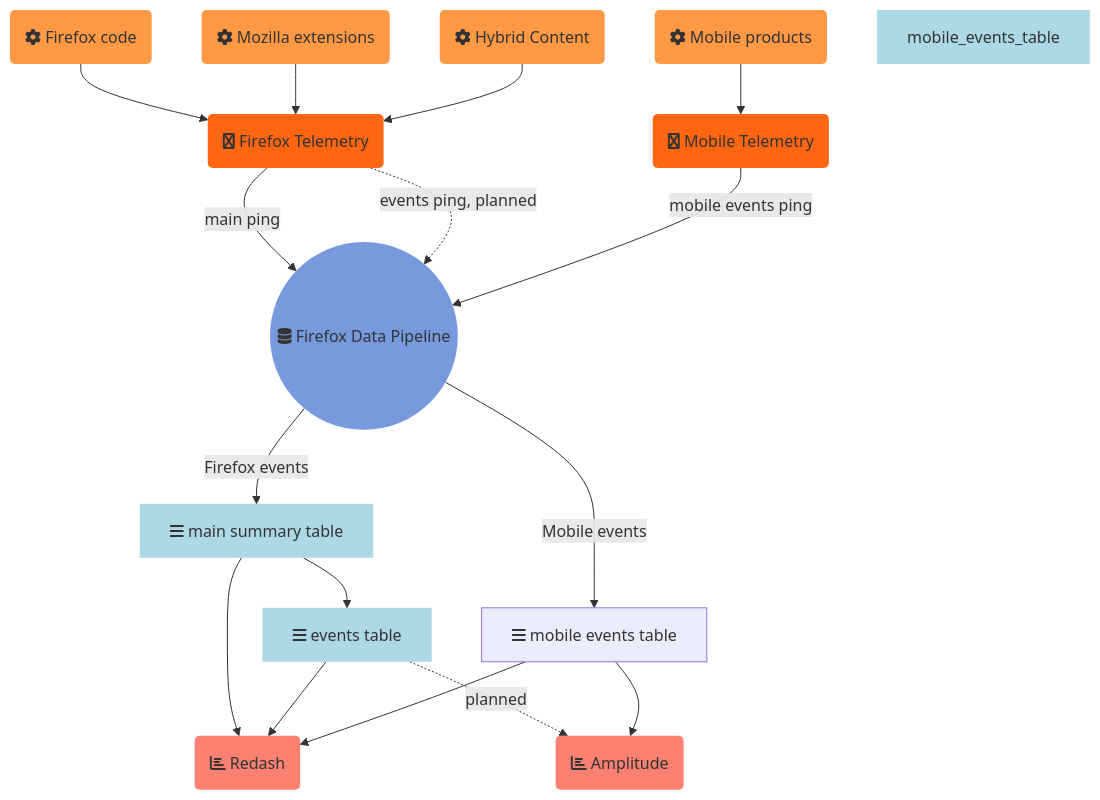
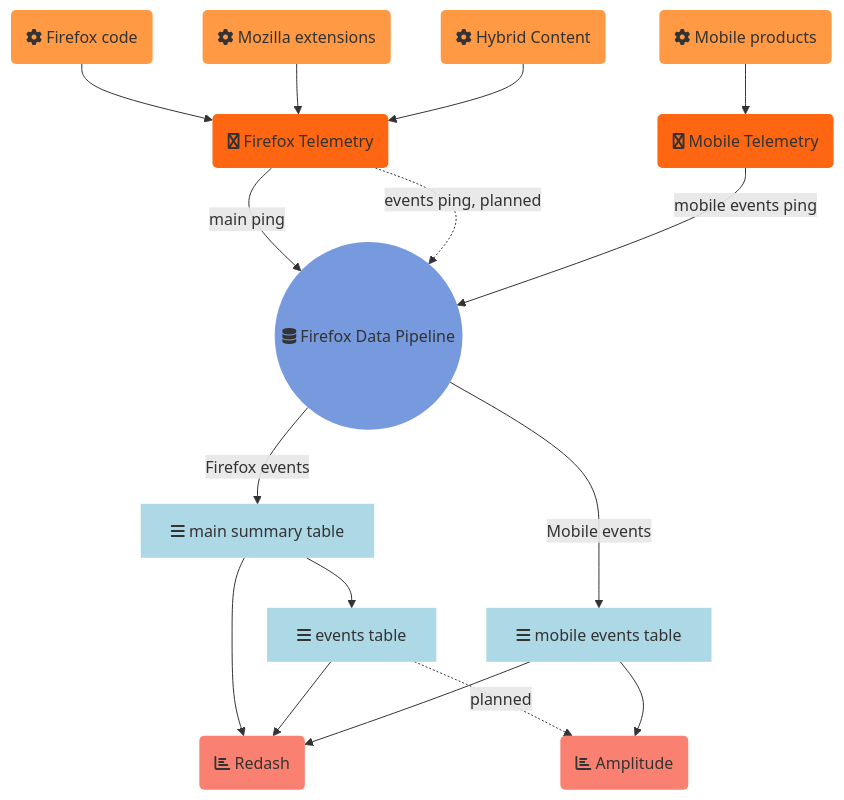
The diagram in concepts/pipeline/event_pipeline.md (mozilla/data-docs), drawn with Mermaid before and after one commit.

Commit message:
Fix mobile table styling

````diff
--- a/concepts/pipeline/event_pipeline.md
+++ b/concepts/pipeline/event_pipeline.md
@@ -6,31 +6,31 @@
 ```mermaid
 graph TD
 fx_code(fa:fa-cog Firefox code) --> firefox(fa:fa-firefox Firefox Telemetry)
 fx_extensions(fa:fa-cog Mozilla extensions) --> firefox
 fx_hybrid(fa:fa-cog Hybrid Content) --> firefox
 mobile(fa:fa-cog Mobile products) --> mobile_telemetry(fa:fa-firefox Mobile Telemetry)
 firefox -->|main ping| pipeline((fa:fa-database Firefox Data Pipeline))
 firefox -.->|events ping, planned| pipeline
 mobile_telemetry --> |mobile events ping| pipeline
 pipeline -->|Firefox events| main_summary[fa:fa-bars main summary table]
 main_summary --> events_table[fa:fa-bars events table]
 pipeline -->|Mobile events| focus_events_table[fa:fa-bars mobile events table]
 main_summary --> redash(fa:fa-bar-chart Redash)
 events_table --> redash
 events_table -.->|planned| amplitude(fa:fa-bar-chart Amplitude)
 focus_events_table --> redash
 focus_events_table --> amplitude
 
 style fx_code fill:#f94,stroke-width:0px
 style fx_extensions fill:#f94,stroke-width:0px
 style fx_hybrid fill:#f94,stroke-width:0px
 style mobile fill:#f94,stroke-width:0px
 style firefox fill:#f61,stroke-width:0px
 style mobile_telemetry fill:#f61,stroke-width:0px
 style pipeline fill:#79d,stroke-width:0px
 style main_summary fill:lightblue,stroke-width:0px
 style events_table fill:lightblue,stroke-width:0px
-style mobile_events_table fill:lightblue,stroke-width:0px
+style focus_events_table fill:lightblue,stroke-width:0px
 style redash fill:salmon,stroke-width:0px
 style amplitude fill:salmon,stroke-width:0px
 ```
````
